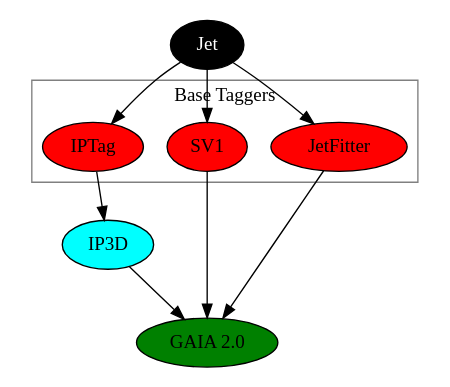
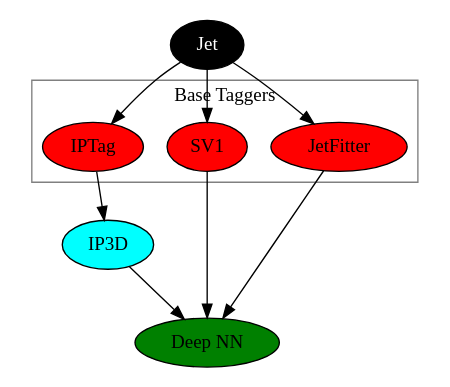
The diagram in dot/tagging-gaia-future.dot (dguest/graphviz-tagging), drawn with Graphviz before and after one commit.

Commit message:
make future graph more generic

```diff
--- a/dot/tagging-gaia-future.dot
+++ b/dot/tagging-gaia-future.dot
@@ -1,27 +1,27 @@
 digraph g { 
 
 graph [size = "3, 3"]
 //label="Atlas Flavor Tagging Framework"
 jet  [label="Jet", fontcolor=white, style=filled, fillcolor=black]; 
 
 subgraph cluster_0{ 
 rank=same
 label="Base Taggers"
 color=gray
 iptag      [label="IPTag"     , style=filled, fillcolor=red]
 svtag      [label="SV1"       , style=filled, fillcolor=red]
 jetfitter  [label="JetFitter" , style=filled, fillcolor=red]
 }			
 jet -> iptag
 jet -> svtag
 jet -> jetfitter
 
 //subgraph {rank=same
 ip3d    [ label="IP3D"   , style=filled, fillcolor = cyan]
-sometag [ label="GAIA 2.0"   , style=filled, fillcolor = green]
+sometag [ label="Deep NN"   , style=filled, fillcolor = green]
 iptag -> ip3d
 ip3d -> sometag
 svtag -> sometag
 jetfitter -> sometag
 
 }
```
